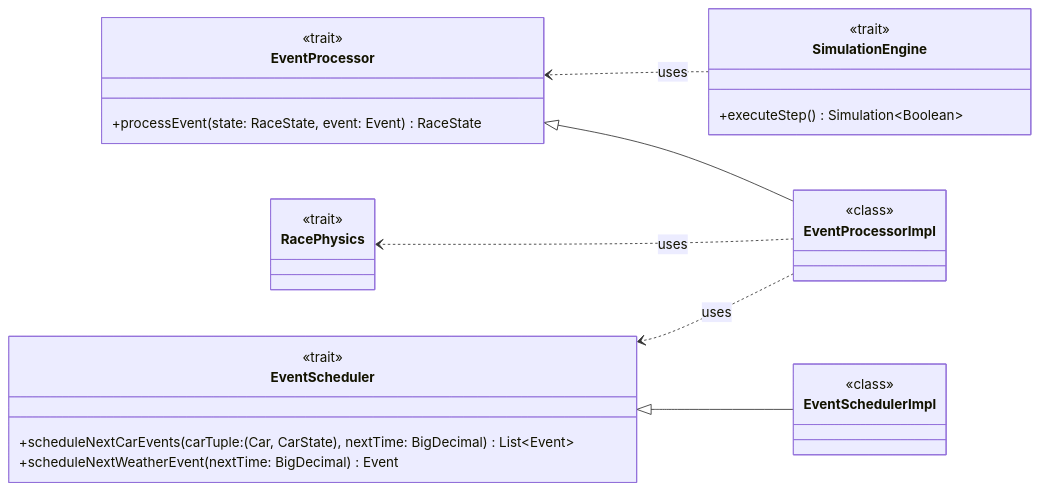
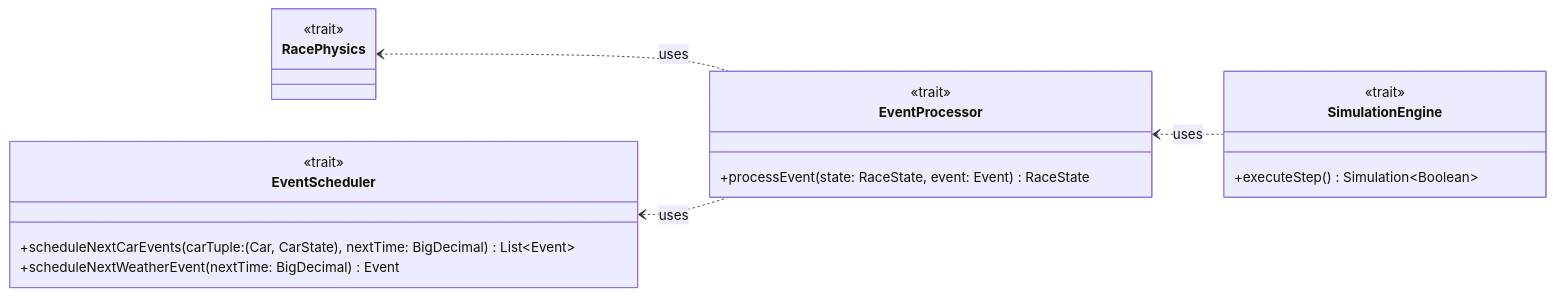
Before and after one commit to ItsTiz/PPS-24-sgp: the diagram in docs/report/4_detailed_design/model/vuksan/eventpr_eventsch.md, drawn with Mermaid. The commit also changed 6 other files, not shown here.

````diff
--- a/docs/report/4_detailed_design/model/vuksan/eventpr_eventsch.md
+++ b/docs/report/4_detailed_design/model/vuksan/eventpr_eventsch.md
@@ -9,40 +9,31 @@
 ```mermaid
 classDiagram
     direction RL
 
     class SimulationEngine {
         <<trait>>
         +executeStep() Simulation~Boolean~
     }
 
     class EventProcessor {
         <<trait>>
         +processEvent(state: RaceState, event: Event) RaceState
     }
 
-    class EventProcessorImpl {
-        <<class>>
-    }
-
     class EventScheduler {
         <<trait>>
         +scheduleNextCarEvents(carTuple: (Car, CarState), nextTime: BigDecimal) List~Event~
         +scheduleNextWeatherEvent(nextTime: BigDecimal) Event
     }
 
-    class EventSchedulerImpl {
-        <<class>>
-    }
 
     class RacePhysics {
         <<trait>>
     }
 
-    EventSchedulerImpl --|> EventScheduler
-    EventProcessorImpl ..> RacePhysics: uses
-    EventProcessorImpl --|> EventProcessor
-    EventProcessorImpl ..> EventScheduler: uses
+    EventProcessor ..> RacePhysics: uses
+    EventProcessor ..> EventScheduler: uses
     SimulationEngine ..> EventProcessor: uses
 
 
 ```
````
